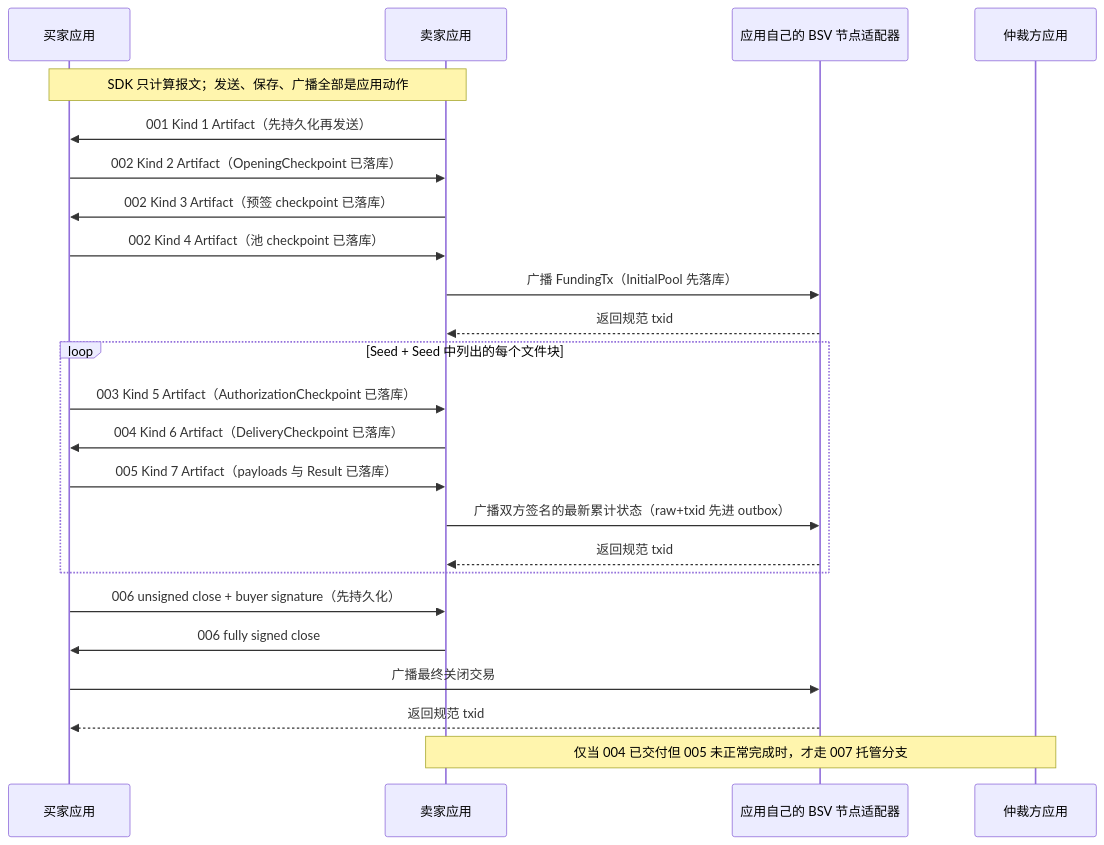
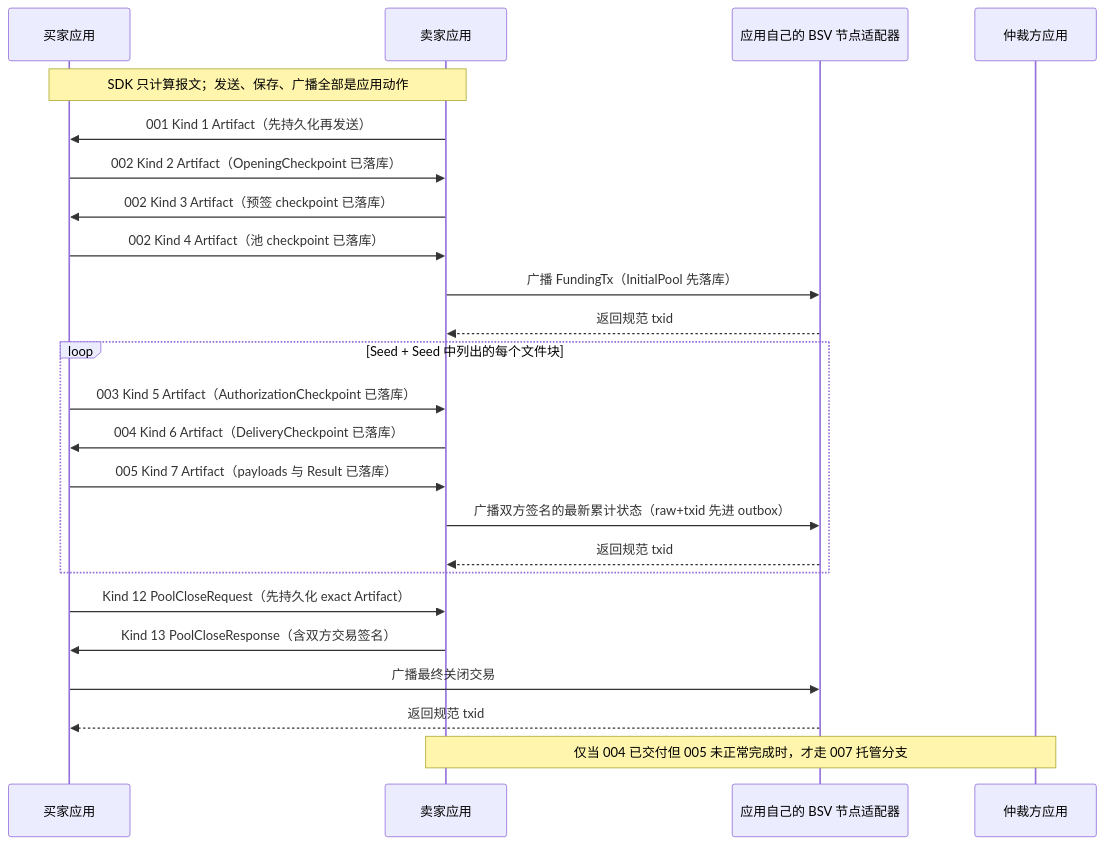
One commit to bsv8/go-bitfs changed the diagram in docs/complete-file-purchase/README.md. Above: the diagram before and after it, drawn with Mermaid. The commit also changed other lines of this file and 53 other files, not shown here.

First line of the commit message:
feat(protocol): add pool close artifacts for v0.3.2

````diff
--- a/docs/complete-file-purchase/README.md
+++ b/docs/complete-file-purchase/README.md
@@ -27,30 +27,30 @@
 ```mermaid
 sequenceDiagram
     participant B as 买家应用
     participant S as 卖家应用
     participant N as 应用自己的 BSV 节点适配器
     participant A as 仲裁方应用
 
     Note over B,S: SDK 只计算报文；发送、保存、广播全部是应用动作
     S->>B: 001 Kind 1 Artifact（先持久化再发送）
     B->>S: 002 Kind 2 Artifact（OpeningCheckpoint 已落库）
     S->>B: 002 Kind 3 Artifact（预签 checkpoint 已落库）
     B->>S: 002 Kind 4 Artifact（池 checkpoint 已落库）
     S->>N: 广播 FundingTx（InitialPool 先落库）
     N-->>S: 返回规范 txid
 
     loop Seed + Seed 中列出的每个文件块
         B->>S: 003 Kind 5 Artifact（AuthorizationCheckpoint 已落库）
         S->>B: 004 Kind 6 Artifact（DeliveryCheckpoint 已落库）
         B->>S: 005 Kind 7 Artifact（payloads 与 Result 已落库）
         S->>N: 广播双方签名的最新累计状态（raw+txid 先进 outbox）
         N-->>S: 返回规范 txid
     end
 
-    B->>S: 006 unsigned close + buyer signature（先持久化）
-    S->>B: 006 fully signed close
+    B->>S: Kind 12 PoolCloseRequest（先持久化 exact Artifact）
+    S->>B: Kind 13 PoolCloseResponse（含双方交易签名）
     B->>N: 广播最终关闭交易
     N-->>B: 返回规范 txid
 
     Note over S,A: 仅当 004 已交付但 005 未正常完成时，才走 007 托管分支
 ```
````
